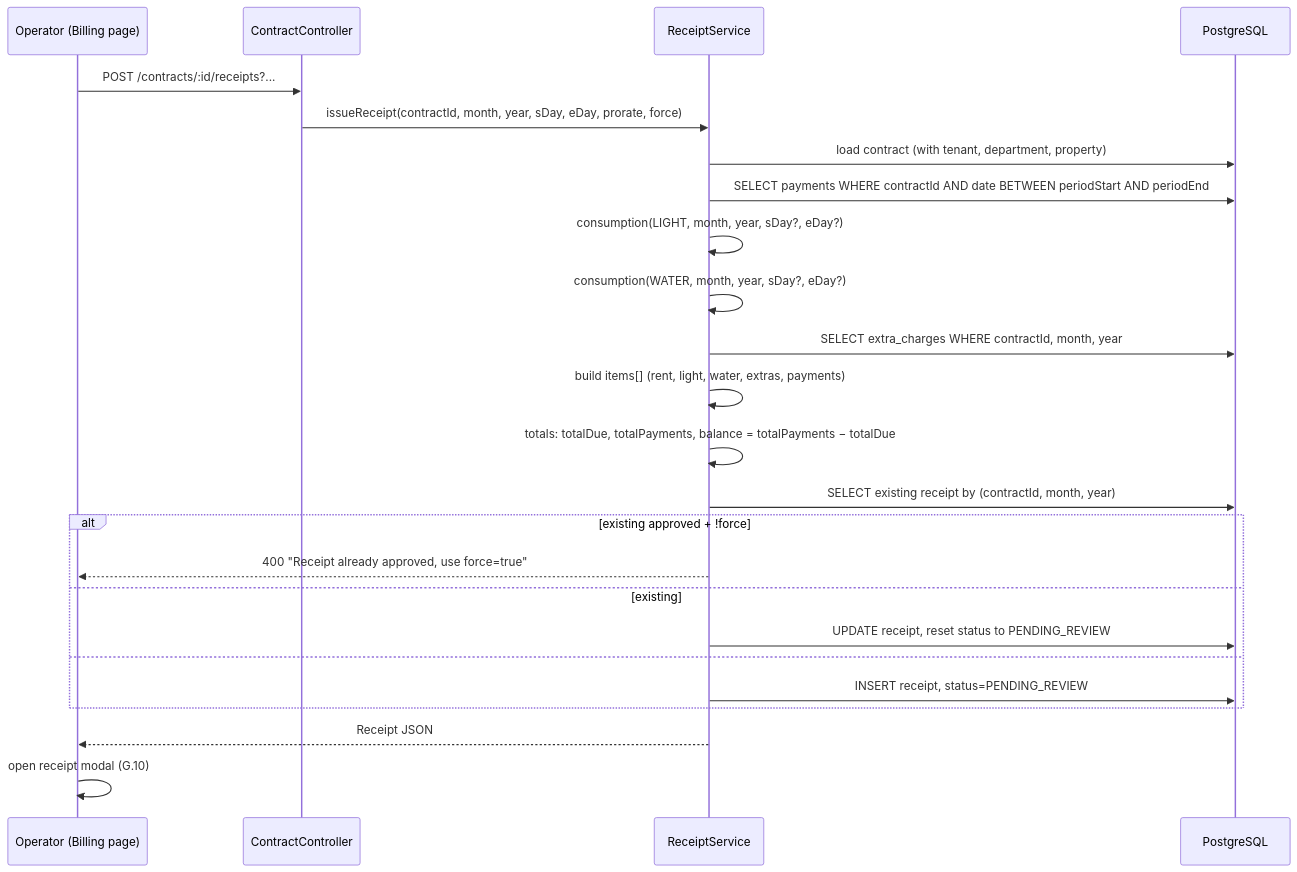
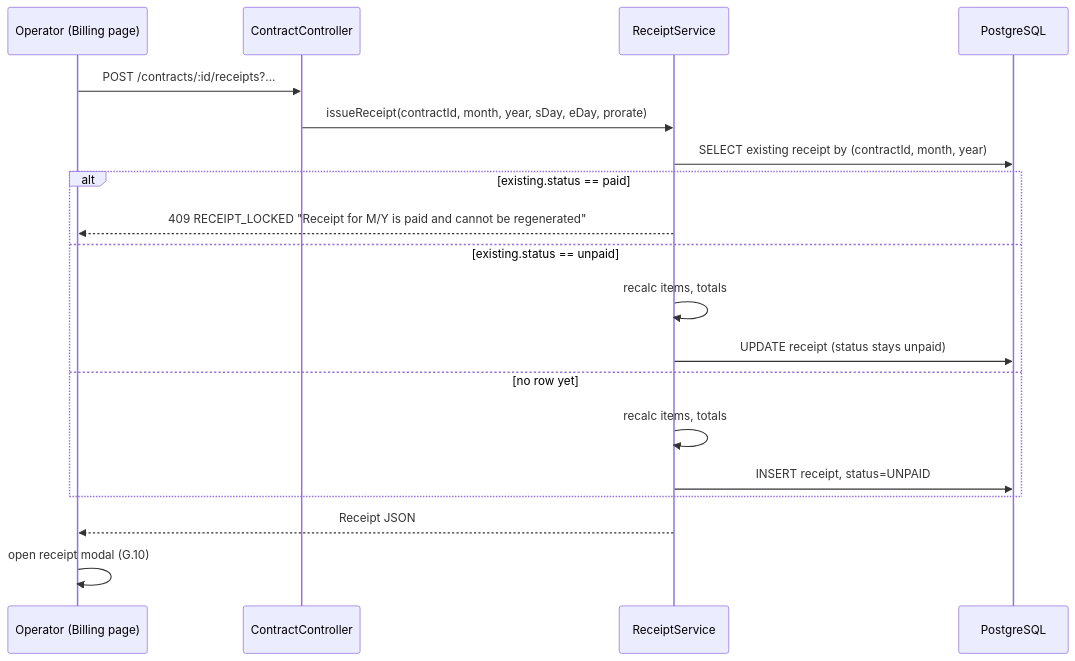
The third of 4 diagrams in OPERATOR_GUIDE.md (Brianmax/project-t), drawn with Mermaid before and after one commit. The commit also changed other lines of this file and 13 other files, not shown here.

````diff
--- a/OPERATOR_GUIDE.md
+++ b/OPERATOR_GUIDE.md
@@ -583,27 +569,22 @@
 ```mermaid
 sequenceDiagram
     participant FE as Operator (Billing page)
     participant API as ContractController
     participant R as ReceiptService
     participant DB as PostgreSQL
 
     FE->>API: POST /contracts/:id/receipts?...
-    API->>R: issueReceipt(contractId, month, year, sDay, eDay, prorate, force)
-    R->>DB: load contract (with tenant, department, property)
-    R->>DB: SELECT payments WHERE contractId AND date BETWEEN periodStart AND periodEnd
-    R->>R: consumption(LIGHT, month, year, sDay?, eDay?)
-    R->>R: consumption(WATER, month, year, sDay?, eDay?)
-    R->>DB: SELECT extra_charges WHERE contractId, month, year
-    R->>R: build items[] (rent, light, water, extras, payments)
-    R->>R: totals: totalDue, totalPayments, balance = totalPayments − totalDue
+    API->>R: issueReceipt(contractId, month, year, sDay, eDay, prorate)
     R->>DB: SELECT existing receipt by (contractId, month, year)
-    alt existing approved + !force
-        R-->>FE: 400 "Receipt already approved, use force=true"
-    else existing
-        R->>DB: UPDATE receipt, reset status to PENDING_REVIEW
-    else
-        R->>DB: INSERT receipt, status=PENDING_REVIEW
+    alt existing.status == paid
+        R-->>FE: 409 RECEIPT_LOCKED "Receipt for M/Y is paid and cannot be regenerated"
+    else existing.status == unpaid
+        R->>R: recalc items, totals
+        R->>DB: UPDATE receipt (status stays unpaid)
+    else no row yet
+        R->>R: recalc items, totals
+        R->>DB: INSERT receipt, status=UNPAID
     end
     R-->>FE: Receipt JSON
     FE->>FE: open receipt modal (G.10)
 ```
````
